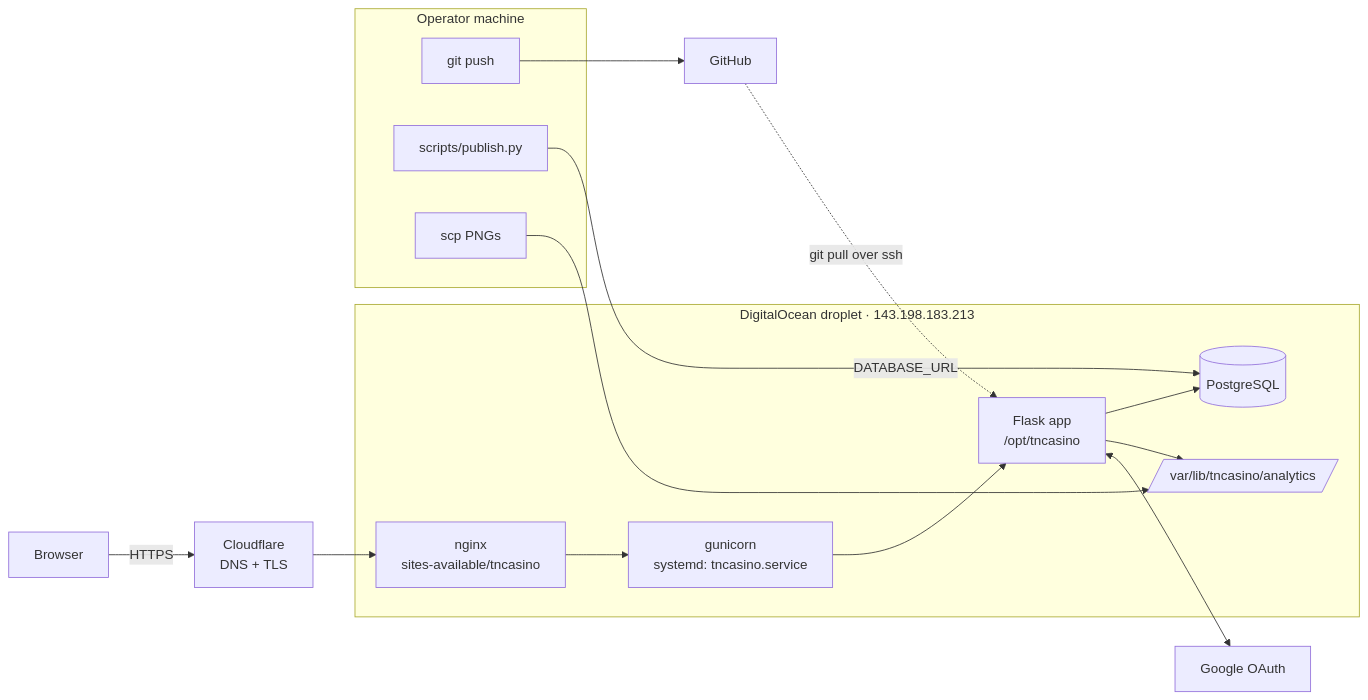
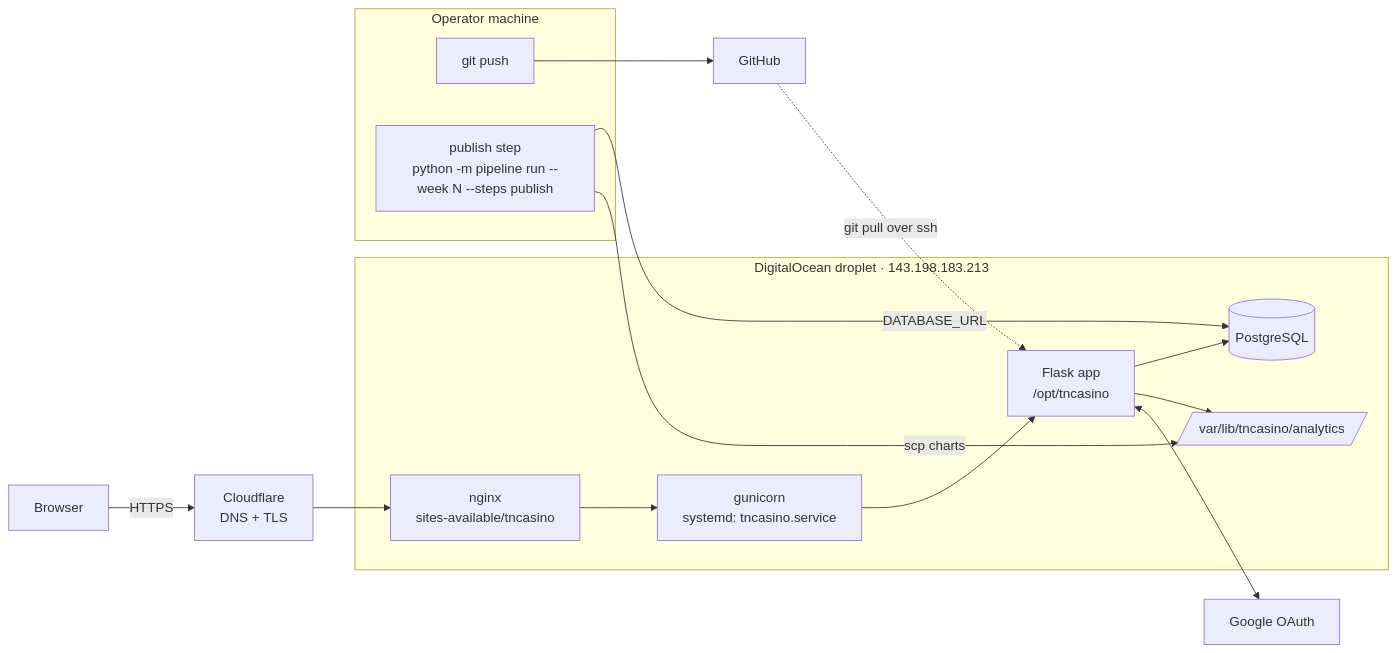
The diagram in docs/architecture/07-deployment-and-ops.md (sfaizi24/TNCasino), drawn with Mermaid before and after one commit. The commit also changed other lines of this file and 3 other files, not shown here.

````diff
--- a/docs/architecture/07-deployment-and-ops.md
+++ b/docs/architecture/07-deployment-and-ops.md
@@ -7,23 +7,22 @@
 ```mermaid
 flowchart LR
     U[Browser] -- HTTPS --> CF[Cloudflare<br/>DNS + TLS]
     CF --> NG
 
     subgraph Droplet["DigitalOcean droplet · 143.198.183.213"]
         NG[nginx<br/>sites-available/tncasino] --> GU[gunicorn<br/>systemd: tncasino.service]
         GU --> APP[Flask app<br/>/opt/tncasino]
         APP --> PG[(PostgreSQL)]
         APP --> IMG[/var/lib/tncasino/analytics/]
     end
 
     APP <--> G[Google OAuth]
 
     subgraph Operator["Operator machine"]
         GIT[git push]
-        PUB[scripts/publish.py]
-        SCP[scp PNGs]
+        PUB[publish step<br/>python -m pipeline run --week N --steps publish]
     end
     GIT --> GH[GitHub] -. git pull over ssh .-> APP
     PUB -- DATABASE_URL --> PG
-    SCP --> IMG
+    PUB -- scp charts --> IMG
 ```
````
